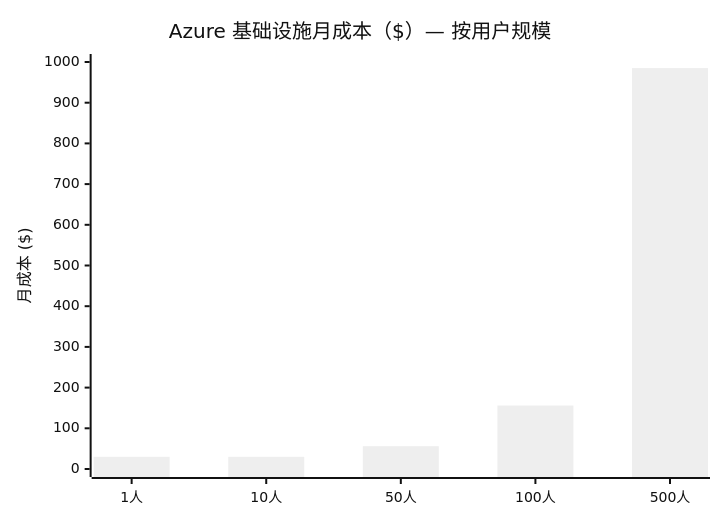
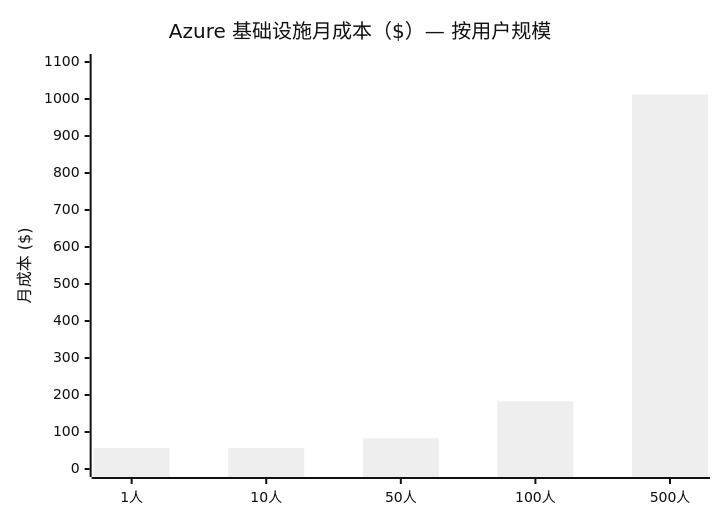
Before and after one commit to jiayiyan-AI/laifu: the ninth of 14 diagrams in docs/architecture.md, drawn with Mermaid (neutral theme). The commit also changed other lines of this file and 72 other files, not shown here.

````diff
--- a/docs/architecture.md
+++ b/docs/architecture.md
@@ -793,7 +799,7 @@
 ```mermaid
 xychart-beta
     title "Azure 基础设施月成本（$）— 按用户规模"
     x-axis ["1人", "10人", "50人", "100人", "500人"]
-    y-axis "月成本 ($)" 0 --> 1000
-    bar [30, 30, 56, 156, 985]
+    y-axis "月成本 ($)" 0 --> 1100
+    bar [57, 57, 83, 183, 1012]
 ```
````
